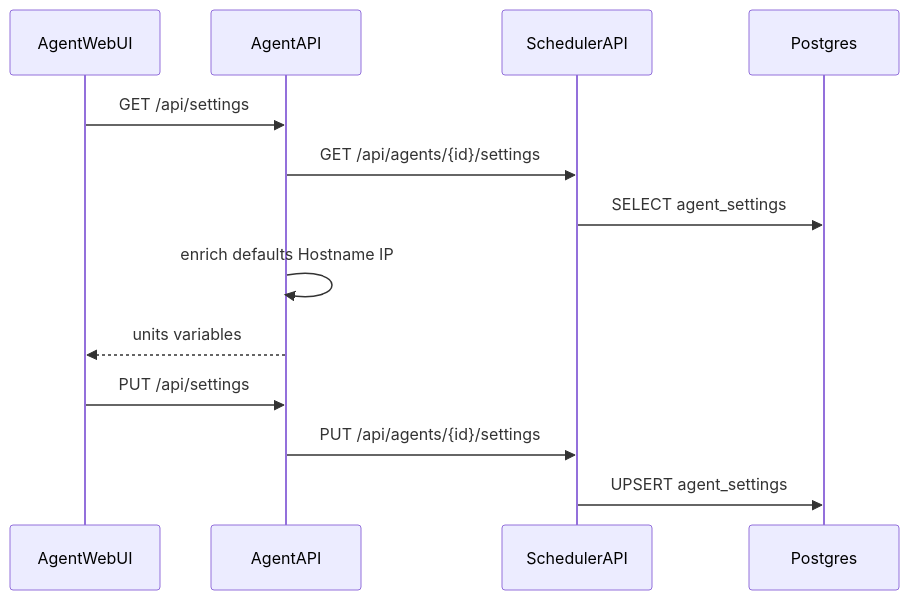
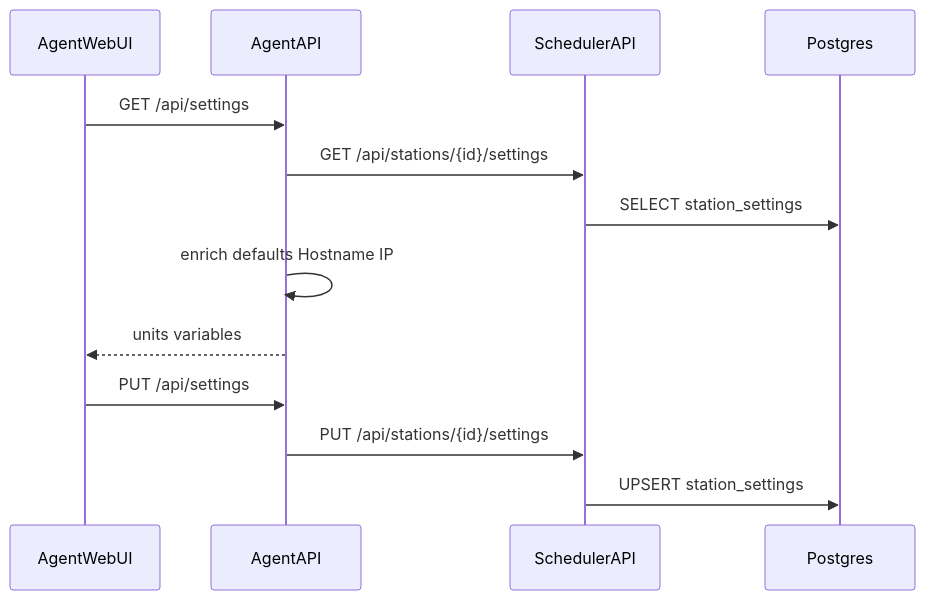
One commit to zhongbinyang/Atlas changed the sixth of 8 diagrams in docs/api.md. Above: the diagram before and after it, drawn with Mermaid. The commit also changed other lines of this file and 61 other files, not shown here.

````diff
--- a/docs/api.md
+++ b/docs/api.md
@@ -219,17 +220,17 @@
 ```mermaid
 sequenceDiagram
   participant AW as AgentWebUI
   participant AA as AgentAPI
   participant SA as SchedulerAPI
   participant DB as Postgres
 
   AW->>AA: GET /api/settings
-  AA->>SA: GET /api/agents/{id}/settings
-  SA->>DB: SELECT agent_settings
+  AA->>SA: GET /api/stations/{id}/settings
+  SA->>DB: SELECT station_settings
   AA->>AA: enrich defaults Hostname IP
   AA-->>AW: units variables
 
   AW->>AA: PUT /api/settings
-  AA->>SA: PUT /api/agents/{id}/settings
-  SA->>DB: UPSERT agent_settings
+  AA->>SA: PUT /api/stations/{id}/settings
+  SA->>DB: UPSERT station_settings
 ```
````
